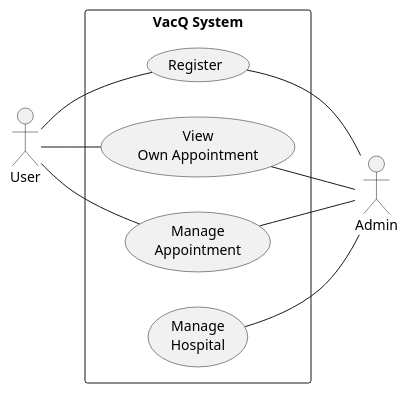
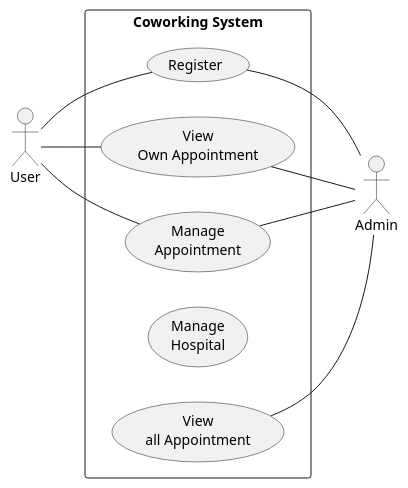
The diagram in useCase1_TEST.puml (Nawakorn23/IsAmAre-Backend), drawn with PlantUML before and after one commit. The commit also changed 3 other files, not shown here.

```diff
--- a/useCase1_TEST.puml
+++ b/useCase1_TEST.puml
@@ -1,21 +1,22 @@
-@startuml VacQ System Use Case Diagram
+@startuml Coworking System Use Case Diagram
 left to right direction
 actor "User" as user
-rectangle "VacQ System" as VacQSystem {    
+rectangle "Coworking System" as CoworkingSystem {    
     usecase "Register" as register
     usecase "View\nOwn Appointment" as viewAppoint
     usecase "Manage\nAppointment" as manageAppt
     usecase "Manage\nHospital" as manageHospital
+    usecase "View\nall Appointment" as manageCoworking
 }
 
 user -- register
 user -- viewAppoint
 user -- manageAppt
 
 actor "Admin" as admin
 register -- admin
-manageHospital -- admin
+manageCoworking -- admin
 manageAppt -- admin
 viewAppoint -- admin
 
 @enduml
```
